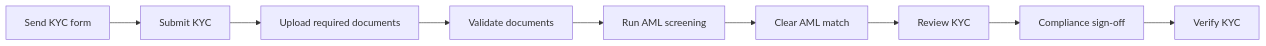
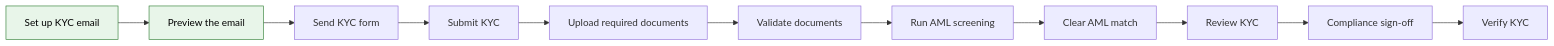
The first of 3 diagrams in docs/user_guides/investor_kyc_user_guide.md (sampadadiwan/IRM_CompanyMain), drawn with Mermaid before and after one commit. The commit also changed other lines of this file and 22 other files, not shown here.

````diff
--- a/docs/user_guides/investor_kyc_user_guide.md
+++ b/docs/user_guides/investor_kyc_user_guide.md
@@ -101,5 +101,8 @@
 ```mermaid
 flowchart LR
-    A["Send KYC form"] --> B["Submit KYC"] --> C["Upload required documents"] --> D["Validate documents"]
-    D --> E["Run AML screening"] --> F["Clear AML match"] --> G["Review KYC"] --> H["Compliance sign-off"] --> I["Verify KYC"]
+    S1["Set up KYC email"] --> S2["Preview the email"] --> A["Send KYC form"] --> B["Submit KYC"]
+    B --> C["Upload required documents"] --> D["Validate documents"] --> E["Run AML screening"]
+    E --> F["Clear AML match"] --> G["Review KYC"] --> H["Compliance sign-off"] --> I["Verify KYC"]
+    classDef email fill:#e8f5e9,stroke:#2e7d32,color:#000
+    class S1,S2 email
 ```
````
